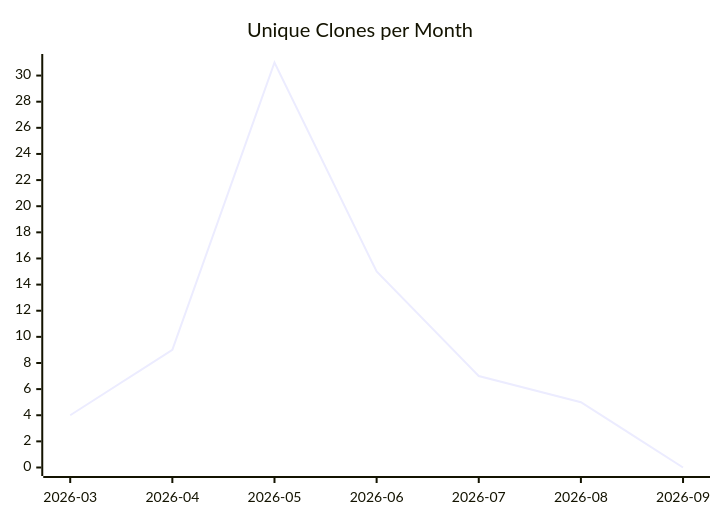
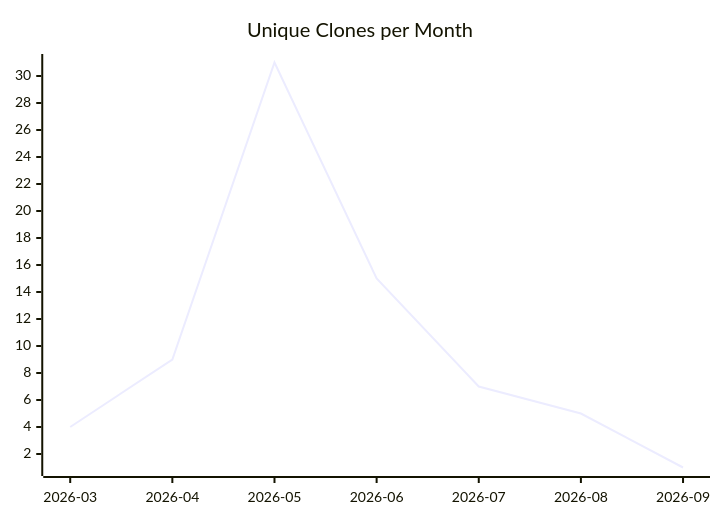
One commit to justdavis-family/github-analytics-data changed the third of 3 diagrams in karlmdavis/ansible-role-rcm-dotfiles/README.md. Above: the diagram before and after it, drawn with Mermaid. The commit also changed other lines of this file and 191 other files, not shown here.

````diff
--- a/karlmdavis/ansible-role-rcm-dotfiles/README.md
+++ b/karlmdavis/ansible-role-rcm-dotfiles/README.md
@@ -19,6 +19,6 @@
 ```mermaid
 xychart-beta
   title "Unique Clones per Month"
   x-axis ["2026-03", "2026-04", "2026-05", "2026-06", "2026-07", "2026-08", "2026-09"]
-  line [4, 9, 31, 15, 7, 5, 0]
+  line [4, 9, 31, 15, 7, 5, 1]
 ```
````
